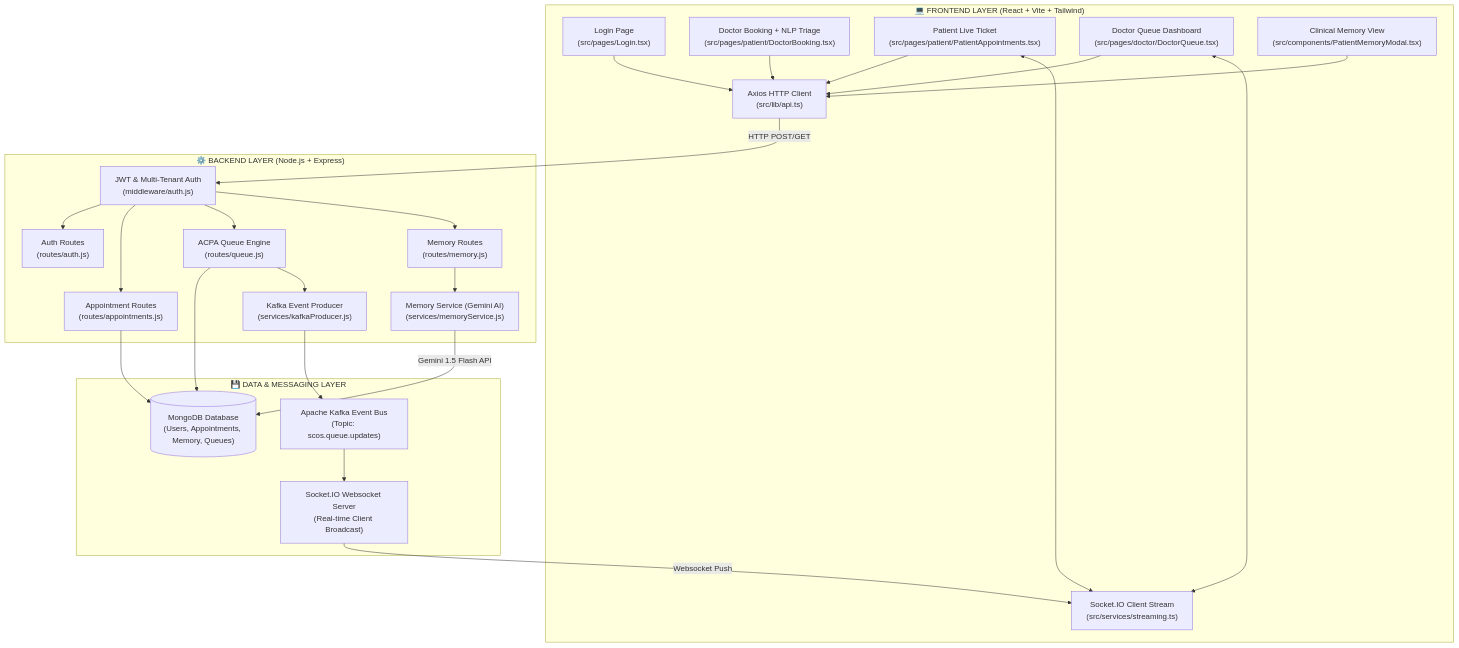
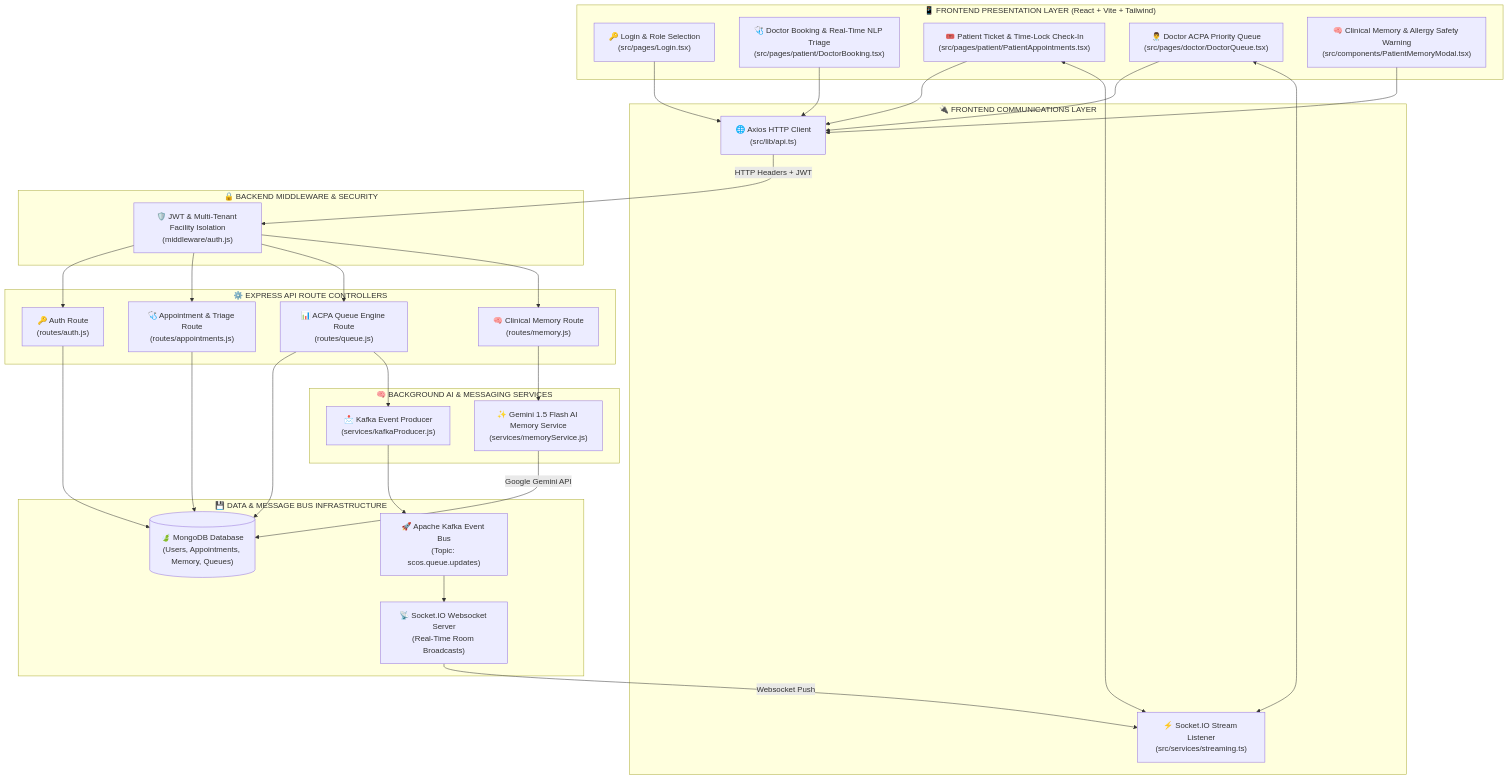
Before and after one commit to lavyadamania/LifeFile: the first of 3 diagrams in Presentation Flow/PROJECT_CODEBASE_ROADMAP.md, drawn with Mermaid. The commit also changed other lines of this file and 1 other file, not shown here.

Commit message:
docs: Add master Architecture Block Diagram and detailed block explanations to PROJECT_CODEBASE_ROADMAP.md

````diff
--- a/Presentation Flow/PROJECT_CODEBASE_ROADMAP.md
+++ b/Presentation Flow/PROJECT_CODEBASE_ROADMAP.md
@@ -9,47 +9,53 @@
 ```mermaid
 flowchart TD
-    subgraph FRONTEND ["💻 FRONTEND LAYER (React + Vite + Tailwind)"]
-        UI_Login["Login Page\n(src/pages/Login.tsx)"]
-        UI_Booking["Doctor Booking + NLP Triage\n(src/pages/patient/DoctorBooking.tsx)"]
-        UI_PatQueue["Patient Live Ticket\n(src/pages/patient/PatientAppointments.tsx)"]
-        UI_DocQueue["Doctor Queue Dashboard\n(src/pages/doctor/DoctorQueue.tsx)"]
-        UI_Memory["Clinical Memory View\n(src/components/PatientMemoryModal.tsx)"]
-        API_Client["Axios HTTP Client\n(src/lib/api.ts)"]
-        Socket_Client["Socket.IO Client Stream\n(src/services/streaming.ts)"]
+    subgraph CLIENT ["📱 FRONTEND PRESENTATION LAYER (React + Vite + Tailwind)"]
+        UI_Login["🔑 Login & Role Selection\n(src/pages/Login.tsx)"]
+        UI_Booking["🩺 Doctor Booking & Real-Time NLP Triage\n(src/pages/patient/DoctorBooking.tsx)"]
+        UI_PatAppt["🎟️ Patient Ticket & Time-Lock Check-In\n(src/pages/patient/PatientAppointments.tsx)"]
+        UI_DocQueue["👨‍⚕️ Doctor ACPA Priority Queue\n(src/pages/doctor/DoctorQueue.tsx)"]
+        UI_Memory["🧠 Clinical Memory & Allergy Safety Warning\n(src/components/PatientMemoryModal.tsx)"]
     end
 
-    subgraph BACKEND ["⚙️ BACKEND LAYER (Node.js + Express)"]
-        Route_Auth["Auth Routes\n(routes/auth.js)"]
-        Route_Appt["Appointment Routes\n(routes/appointments.js)"]
-        Route_Queue["ACPA Queue Engine\n(routes/queue.js)"]
-        Route_Mem["Memory Routes\n(routes/memory.js)"]
-        Service_Mem["Memory Service (Gemini AI)\n(services/memoryService.js)"]
-        Service_Kafka["Kafka Event Producer\n(services/kafkaProducer.js)"]
-        Auth_Middleware["JWT & Multi-Tenant Auth\n(middleware/auth.js)"]
+    subgraph CLIENT_COMM ["🔌 FRONTEND COMMUNICATIONS LAYER"]
+        API_Client["🌐 Axios HTTP Client\n(src/lib/api.ts)"]
+        Socket_Client["⚡ Socket.IO Stream Listener\n(src/services/streaming.ts)"]
     end
 
-    subgraph DATA ["💾 DATA & MESSAGING LAYER"]
-        Mongo_DB[("MongoDB Database\n(Users, Appointments, Memory, Queues)")]
-        Kafka_Bus["Apache Kafka Event Bus\n(Topic: scos.queue.updates)"]
-        Socket_Server["Socket.IO Websocket Server\n(Real-time Client Broadcast)"]
+    subgraph BACKEND_AUTH ["🔒 BACKEND MIDDLEWARE & SECURITY"]
+        Auth_Middleware["🛡️ JWT & Multi-Tenant Facility Isolation\n(middleware/auth.js)"]
     end
 
-    %% UI to API Client
-    UI_Login & UI_Booking & UI_PatQueue & UI_DocQueue & UI_Memory --> API_Client
-    UI_PatQueue & UI_DocQueue <--> Socket_Client
+    subgraph BACKEND_ROUTES ["⚙️ EXPRESS API ROUTE CONTROLLERS"]
+        Route_Auth["🔑 Auth Route\n(routes/auth.js)"]
+        Route_Appt["🩺 Appointment & Triage Route\n(routes/appointments.js)"]
+        Route_Queue["📊 ACPA Queue Engine Route\n(routes/queue.js)"]
+        Route_Mem["🧠 Clinical Memory Route\n(routes/memory.js)"]
+    end
 
-    %% API Client to Backend Routes
-    API_Client -->|HTTP POST/GET| Auth_Middleware
+    subgraph BACKEND_SERVICES ["🧠 BACKGROUND AI & MESSAGING SERVICES"]
+        Service_AI["✨ Gemini 1.5 Flash AI Memory Service\n(services/memoryService.js)"]
+        Service_Kafka["📩 Kafka Event Producer\n(services/kafkaProducer.js)"]
+    end
+
+    subgraph INFRASTRUCTURE ["💾 DATA & MESSAGE BUS INFRASTRUCTURE"]
+        Mongo_DB[("🍃 MongoDB Database\n(Users, Appointments, Memory, Queues)")]
+        Kafka_Bus["🚀 Apache Kafka Event Bus\n(Topic: scos.queue.updates)"]
+        Socket_Server["📡 Socket.IO Websocket Server\n(Real-Time Room Broadcasts)"]
+    end
+
+    %% Connections
+    UI_Login & UI_Booking & UI_PatAppt & UI_DocQueue & UI_Memory --> API_Client
+    UI_PatAppt & UI_DocQueue <--> Socket_Client
+
+    API_Client -->|HTTP Headers + JWT| Auth_Middleware
     Auth_Middleware --> Route_Auth & Route_Appt & Route_Queue & Route_Mem
 
-    %% Route to Business Logic & Models
-    Route_Appt & Route_Queue --> Mongo_DB
-    Route_Mem --> Service_Mem
-    Service_Mem -->|Gemini 1.5 Flash API| Mongo_DB
+    Route_Auth & Route_Appt & Route_Queue --> Mongo_DB
+    Route_Mem --> Service_AI
+    Service_AI -->|Google Gemini API| Mongo_DB
+    
     Route_Queue --> Service_Kafka
-
-    %% Real-time bus propagation
     Service_Kafka --> Kafka_Bus
     Kafka_Bus --> Socket_Server
     Socket_Server -->|Websocket Push| Socket_Client
 ```
````
